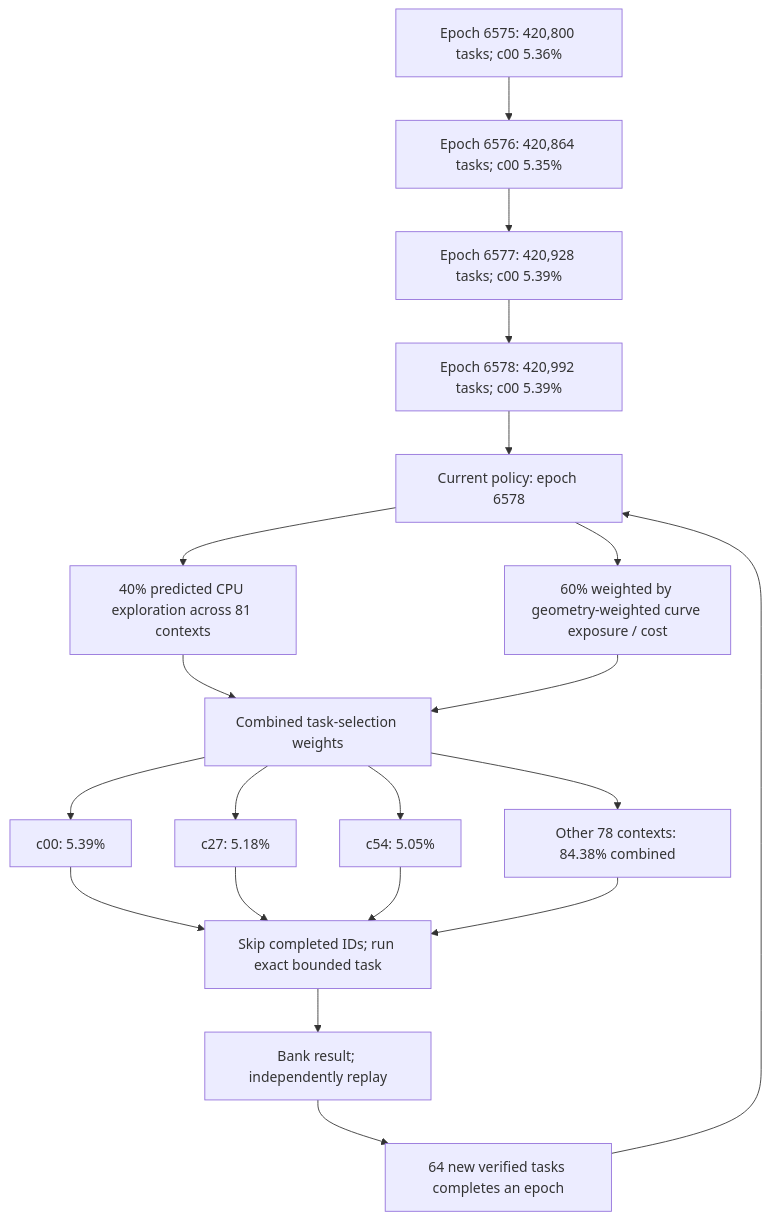
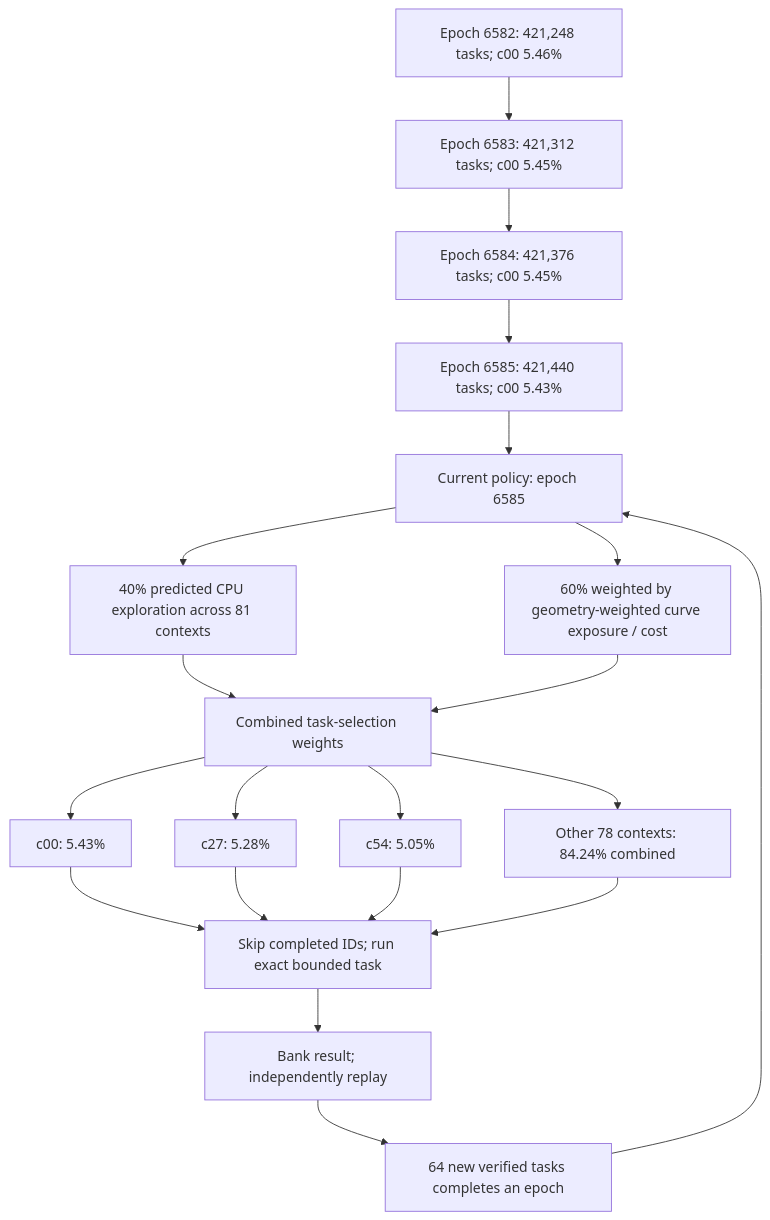
The first of 4 diagrams in README.md (Kuberwastaken/math-gambling), drawn with Mermaid before and after one commit. The commit also changed other lines of this file and 1457 other files, not shown here.

````diff
--- a/README.md
+++ b/README.md
@@ -60,27 +60,27 @@
 ```mermaid
 flowchart TD
-    H0["Epoch 6575: 420,800 tasks; c00 5.36%"]
-    H1["Epoch 6576: 420,864 tasks; c00 5.35%"]
+    H0["Epoch 6582: 421,248 tasks; c00 5.46%"]
+    H1["Epoch 6583: 421,312 tasks; c00 5.45%"]
     H0 --> H1
-    H2["Epoch 6577: 420,928 tasks; c00 5.39%"]
+    H2["Epoch 6584: 421,376 tasks; c00 5.45%"]
     H1 --> H2
-    H3["Epoch 6578: 420,992 tasks; c00 5.39%"]
+    H3["Epoch 6585: 421,440 tasks; c00 5.43%"]
     H2 --> H3
-    Policy["Current policy: epoch 6578"]
+    Policy["Current policy: epoch 6585"]
     H3 --> Policy
     Policy --> Explore["40% predicted CPU exploration across 81 contexts"]
     Policy --> Cost["60% weighted by geometry-weighted curve exposure / cost"]
     Explore --> Mix["Combined task-selection weights"]
     Cost --> Mix
-    Mix --> C0["c00: 5.39%"]
-    Mix --> C1["c27: 5.18%"]
+    Mix --> C0["c00: 5.43%"]
+    Mix --> C1["c27: 5.28%"]
     Mix --> C2["c54: 5.05%"]
-    Mix --> Rest["Other 78 contexts: 84.38% combined"]
+    Mix --> Rest["Other 78 contexts: 84.24% combined"]
     C0 --> Check["Skip completed IDs; run exact bounded task"]
     C1 --> Check
     C2 --> Check
     Rest --> Check
     Check --> Replay["Bank result; independently replay"]
     Replay --> Gate["64 new verified tasks completes an epoch"]
     Gate --> Policy
 ```
````
